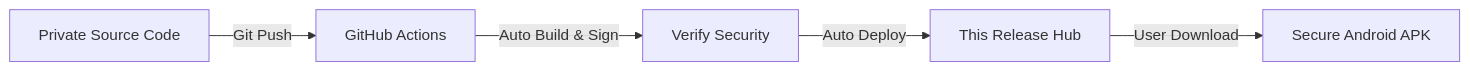
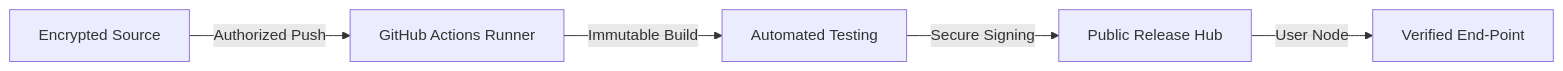
The diagram in README.md (gobinda101/MyApps-Releases), drawn with Mermaid before and after one commit. The commit also changed other lines of this file, not shown here.

````diff
--- a/README.md
+++ b/README.md
@@ -56,7 +51,7 @@
 ```mermaid
 graph LR
-    A[Private Source Code] -->|Git Push| B[GitHub Actions]
-    B -->|Auto Build & Sign| C[Verify Security]
-    C -->|Auto Deploy| D[This Release Hub]
-    D -->|User Download| E[Secure Android APK]
+    A[Encrypted Source] -->|Authorized Push| B[GitHub Actions Runner]
+    B -->|Immutable Build| C[Automated Testing]
+    C -->|Secure Signing| D[Public Release Hub]
+    D -->|User Node| E[Verified End-Point]
 ```
````
